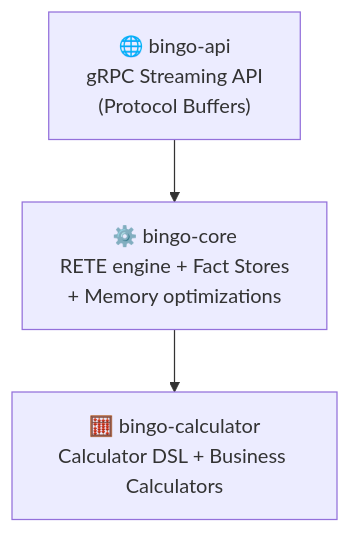
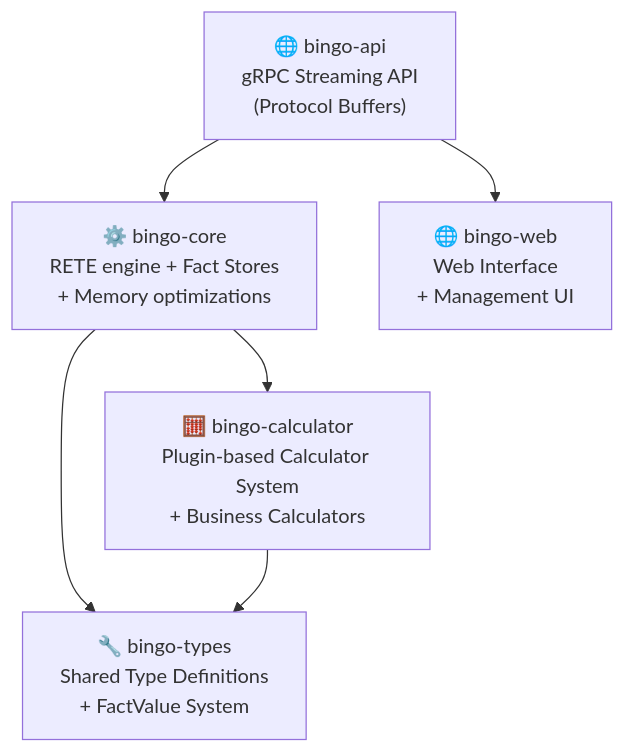
Before and after one commit to hl/bingo: the first of 3 diagrams in specs/architecture.md, drawn with Mermaid. The commit also changed other lines of this file and 131 other files, not shown here.

````diff
--- a/specs/architecture.md
+++ b/specs/architecture.md
@@ -13,5 +33,8 @@
 ```mermaid
 graph TD
     A["🌐 bingo-api<br/>gRPC Streaming API<br/>(Protocol Buffers)"] --> B["⚙️ bingo-core<br/>RETE engine + Fact Stores<br/>+ Memory optimizations"]
-    B --> C["🧮 bingo-calculator<br/>Calculator DSL + Business Calculators"]
+    B --> C["🧮 bingo-calculator<br/>Plugin-based Calculator System<br/>+ Business Calculators"]
+    B --> D["🔧 bingo-types<br/>Shared Type Definitions<br/>+ FactValue System"]
+    C --> D
+    A --> E["🌐 bingo-web<br/>Web Interface<br/>+ Management UI"]
 ```
````
